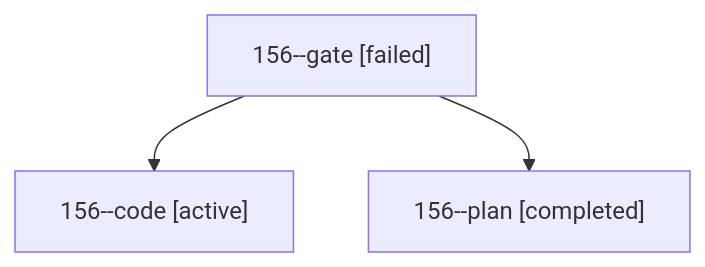
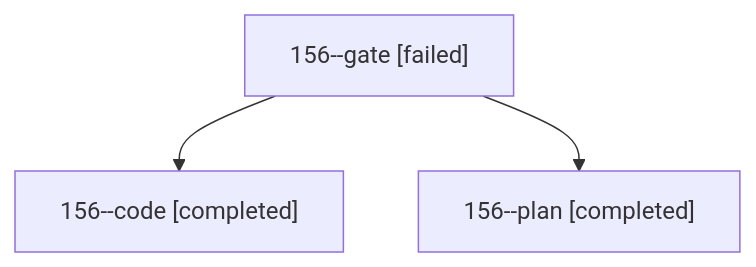
One commit to bobs-org/bob-cli--agents changed the diagram in sessions/bbugyi200.athena.156.md. Above: the diagram before and after it, drawn with Mermaid. The commit also changed other lines of this file and 19 other files, not shown here.

````diff
--- a/sessions/bbugyi200.athena.156.md
+++ b/sessions/bbugyi200.athena.156.md
@@ -9,8 +9,8 @@
 ```mermaid
 flowchart TD
   n0["156--gate [failed]"]
-  n1["156--code [active]"]
+  n1["156--code [completed]"]
   n0 --> n1
   n2["156--plan [completed]"]
   n0 --> n2
 ```
````
